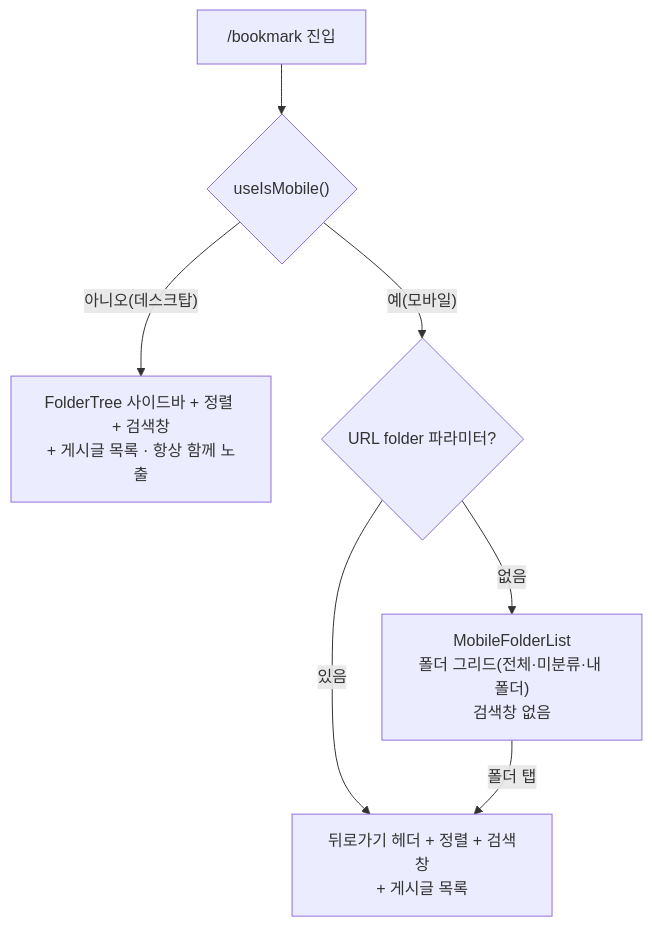
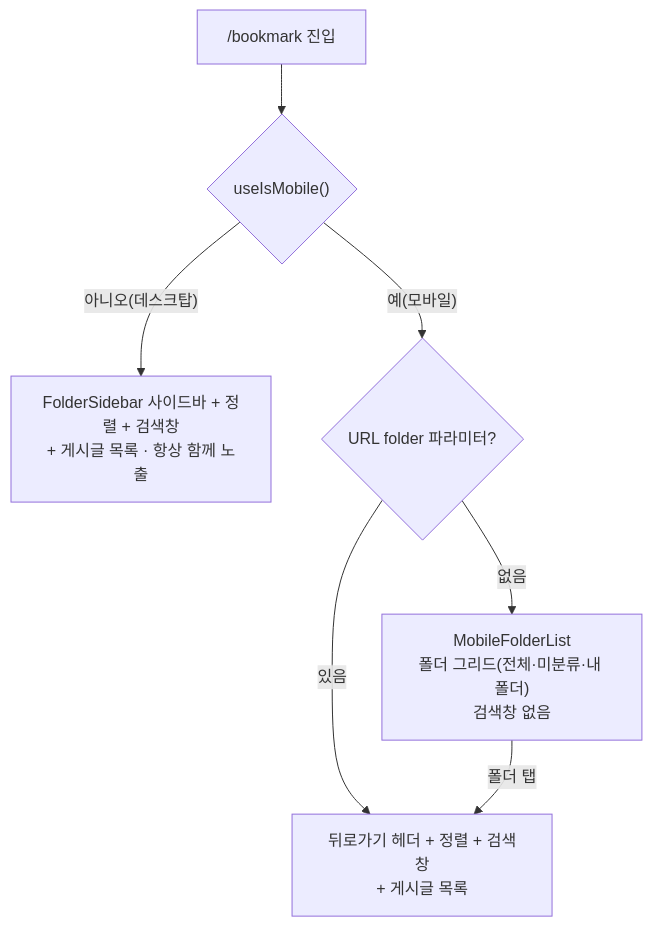
The diagram in docs/BOOKMARK.md (BAECHAN/link-sphere_FE_NEW), drawn with Mermaid before and after one commit. The commit also changed other lines of this file and 50 other files, not shown here.

````diff
--- a/docs/BOOKMARK.md
+++ b/docs/BOOKMARK.md
@@ -30,9 +30,9 @@
 ```mermaid
 flowchart TD
   Start["/bookmark 진입"] --> Check{"useIsMobile()"}
-  Check -->|"아니오(데스크탑)"| Desktop["FolderTree 사이드바 + 정렬 + 검색창<br/>+ 게시글 목록 · 항상 함께 노출"]
+  Check -->|"아니오(데스크탑)"| Desktop["FolderSidebar 사이드바 + 정렬 + 검색창<br/>+ 게시글 목록 · 항상 함께 노출"]
   Check -->|"예(모바일)"| FolderParam{"URL folder 파라미터?"}
   FolderParam -->|"없음"| MobileList["MobileFolderList<br/>폴더 그리드(전체·미분류·내 폴더)<br/>검색창 없음"]
   FolderParam -->|"있음"| MobileDetail["뒤로가기 헤더 + 정렬 + 검색창<br/>+ 게시글 목록"]
   MobileList -->|"폴더 탭"| MobileDetail
 ```
````
